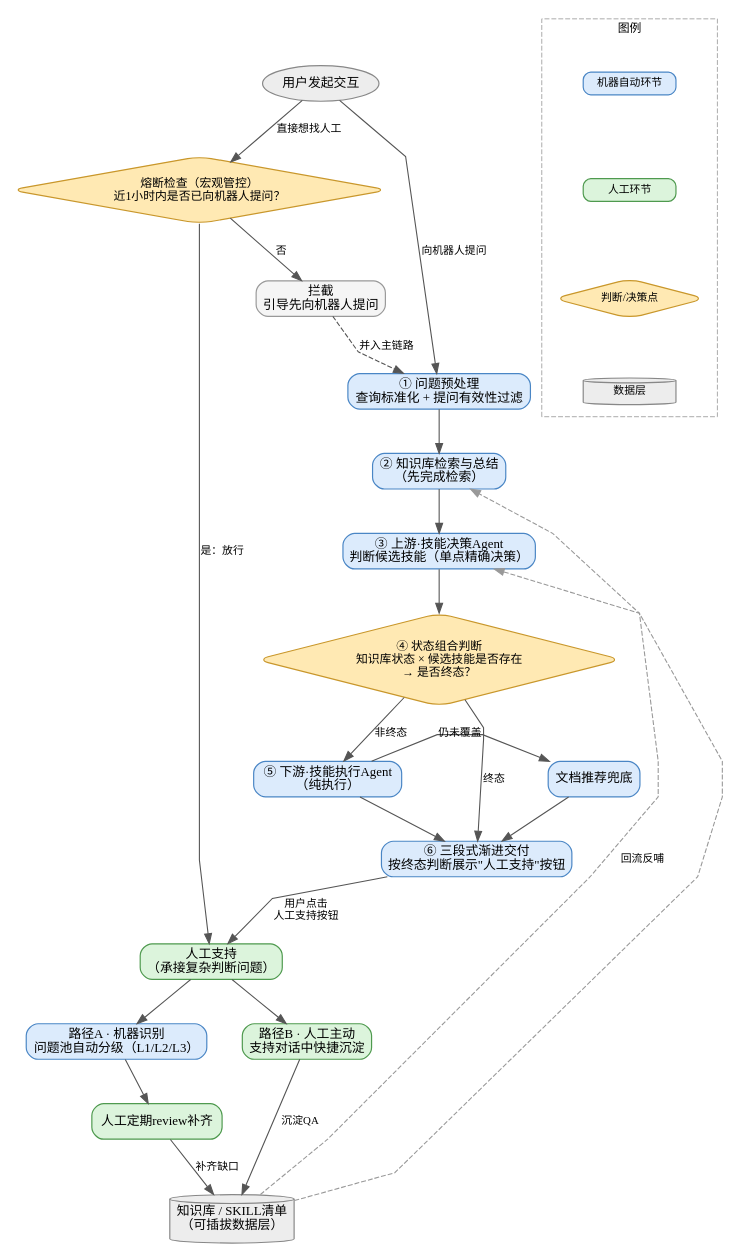
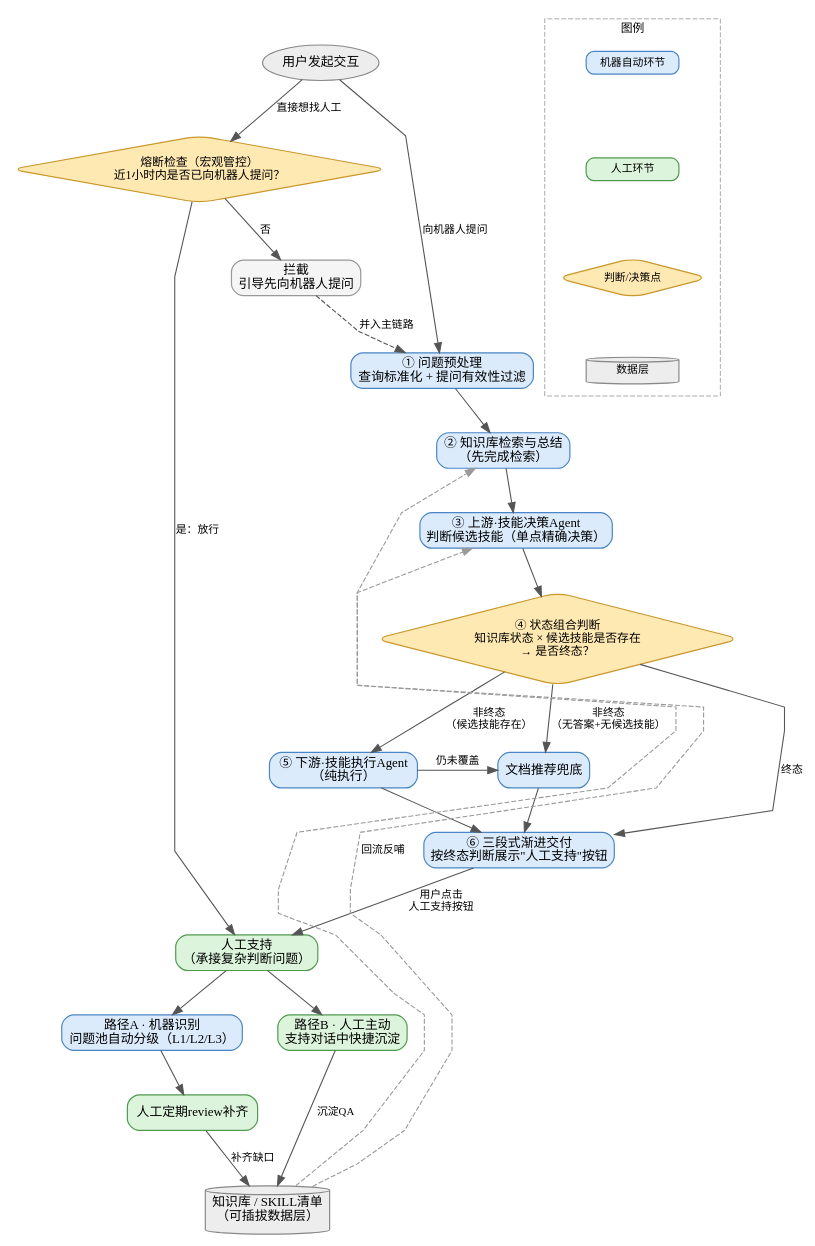
The diagram in architecture_diagram.dot (beango622-arch/firstProject), drawn with Graphviz before and after one commit. The commit also changed 3 other files, not shown here.

Commit message:
docs: 补充终态判断的状态组合表格，并修正架构图中无候选技能时的分支逻辑

```diff
--- a/architecture_diagram.dot
+++ b/architecture_diagram.dot
@@ -1,73 +1,74 @@
 digraph architecture {
     rankdir=TB;
     graph [fontname="WenQuanYi Micro Hei", splines=polyline, nodesep=0.5, ranksep=0.6, bgcolor="white"];
     node [fontname="WenQuanYi Micro Hei", fontsize=13, style="filled,rounded", shape=box, penwidth=1.2];
     edge [fontname="WenQuanYi Micro Hei", fontsize=11, color="#555555", penwidth=1.1];
 
     start [label="用户发起交互", shape=oval, fillcolor="#EDEDED", color="#888888"];
 
     fuse [label="熔断检查（宏观管控）\n近1小时内是否已向机器人提问？", shape=diamond, fillcolor="#FFE9B3", color="#C9972B", fontsize=12];
     block [label="拦截\n引导先向机器人提问", fillcolor="#F5F5F5", color="#999999"];
 
     s1 [label="① 问题预处理\n查询标准化 + 提问有效性过滤", fillcolor="#DCEBFC", color="#4A86C5"];
     s2 [label="② 知识库检索与总结\n（先完成检索）", fillcolor="#DCEBFC", color="#4A86C5"];
     s3 [label="③ 上游·技能决策Agent\n判断候选技能（单点精确决策）", fillcolor="#DCEBFC", color="#4A86C5"];
     s4 [label="④ 状态组合判断\n知识库状态 × 候选技能是否存在\n→ 是否终态？", shape=diamond, fillcolor="#FFE9B3", color="#C9972B", fontsize=12];
     s5 [label="⑤ 下游·技能执行Agent\n（纯执行）", fillcolor="#DCEBFC", color="#4A86C5"];
     docfb [label="文档推荐兜底", fillcolor="#DCEBFC", color="#4A86C5"];
     s6 [label="⑥ 三段式渐进交付\n按终态判断展示\"人工支持\"按钮", fillcolor="#DCEBFC", color="#4A86C5"];
 
     human [label="人工支持\n（承接复杂判断问题）", fillcolor="#DCF4DC", color="#4F9A4F"];
 
     pathA [label="路径A · 机器识别\n问题池自动分级（L1/L2/L3）", fillcolor="#DCEBFC", color="#4A86C5"];
     review [label="人工定期review补齐", fillcolor="#DCF4DC", color="#4F9A4F"];
     pathB [label="路径B · 人工主动\n支持对话中快捷沉淀", fillcolor="#DCF4DC", color="#4F9A4F"];
 
     data [label="知识库 / SKILL清单\n（可插拔数据层）", shape=cylinder, fillcolor="#EDEDED", color="#888888"];
 
     start -> fuse [label="直接想找人工"];
     start -> s1 [label="向机器人提问"];
 
     fuse -> block [label="否"];
     fuse -> human [label="是：放行"];
     block -> s1 [style=dashed, label="并入主链路", constraint=true];
 
     s1 -> s2;
     s2 -> s3;
     s3 -> s4;
-    s4 -> s5 [label="非终态"];
+    s4 -> s5 [label="非终态\n（候选技能存在）"];
+    s4 -> docfb [label="非终态\n（无答案+无候选技能）"];
     s4 -> s6 [label="终态"];
     s5 -> docfb [label="仍未覆盖"];
     s5 -> s6;
     docfb -> s6;
     s6 -> human [label="用户点击\n人工支持按钮"];
 
     human -> pathA;
     human -> pathB;
     pathA -> review;
     review -> data [label="补齐缺口"];
     pathB -> data [label="沉淀QA"];
 
     data -> s2 [style=dashed, color="#999999", label="回流反哺", constraint=false];
     data -> s3 [style=dashed, color="#999999", constraint=false];
 
     { rank=same; s5; docfb; }
     { rank=same; pathA; pathB; }
 
     subgraph cluster_legend {
         label="图例";
         fontname="WenQuanYi Micro Hei";
         fontsize=12;
         style=dashed;
         color="#AAAAAA";
         margin=12;
         rank=sink;
         node [shape=box, fontsize=11, width=1.3, height=0.32];
         edge [style=invis];
         lg1 [label="机器自动环节", fillcolor="#DCEBFC", color="#4A86C5"];
         lg2 [label="人工环节", fillcolor="#DCF4DC", color="#4F9A4F"];
         lg3 [label="判断/决策点", shape=diamond, fillcolor="#FFE9B3", color="#C9972B"];
         lg4 [label="数据层", shape=cylinder, fillcolor="#EDEDED", color="#888888"];
         lg1 -> lg2 -> lg3 -> lg4;
     }
 }
```
